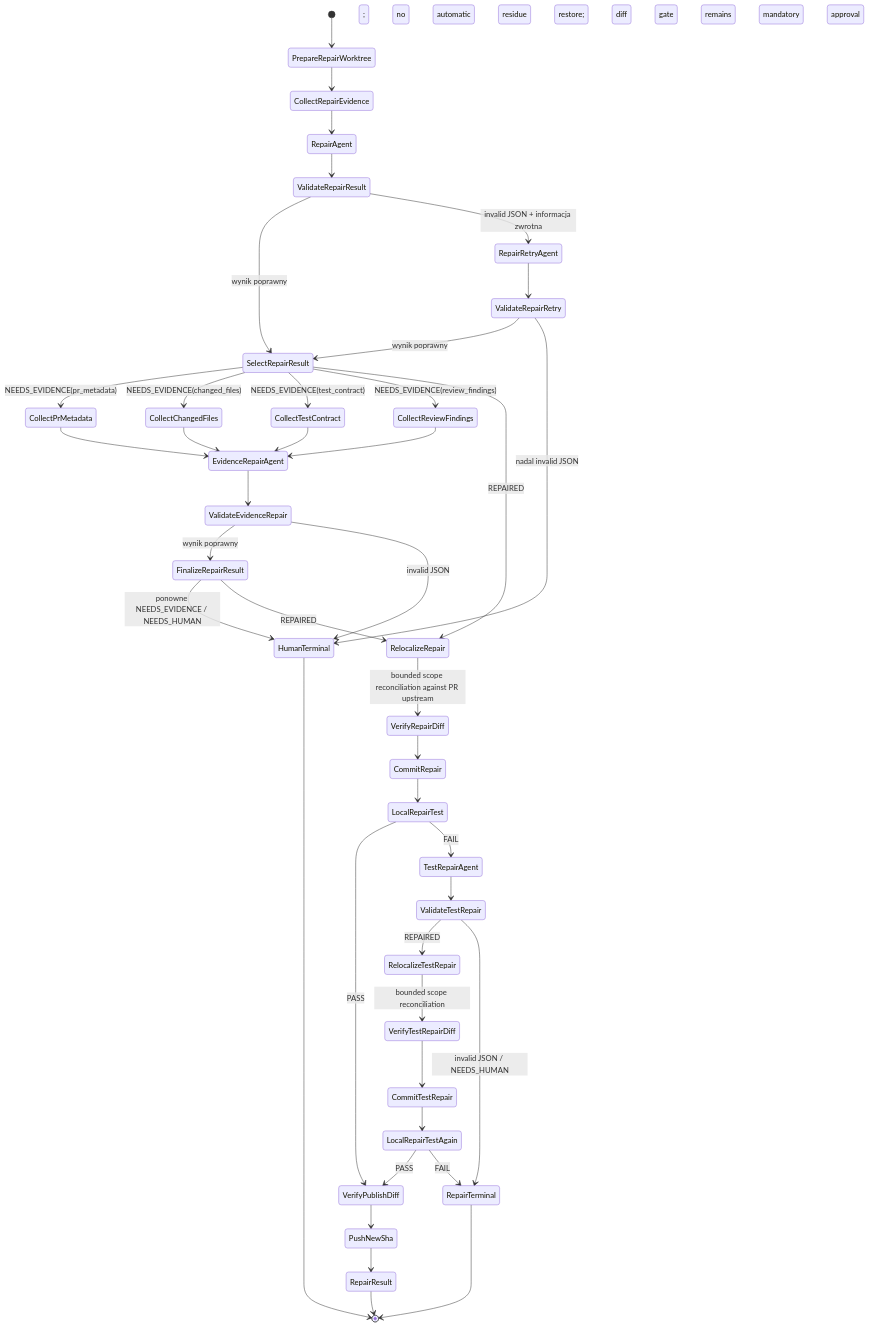
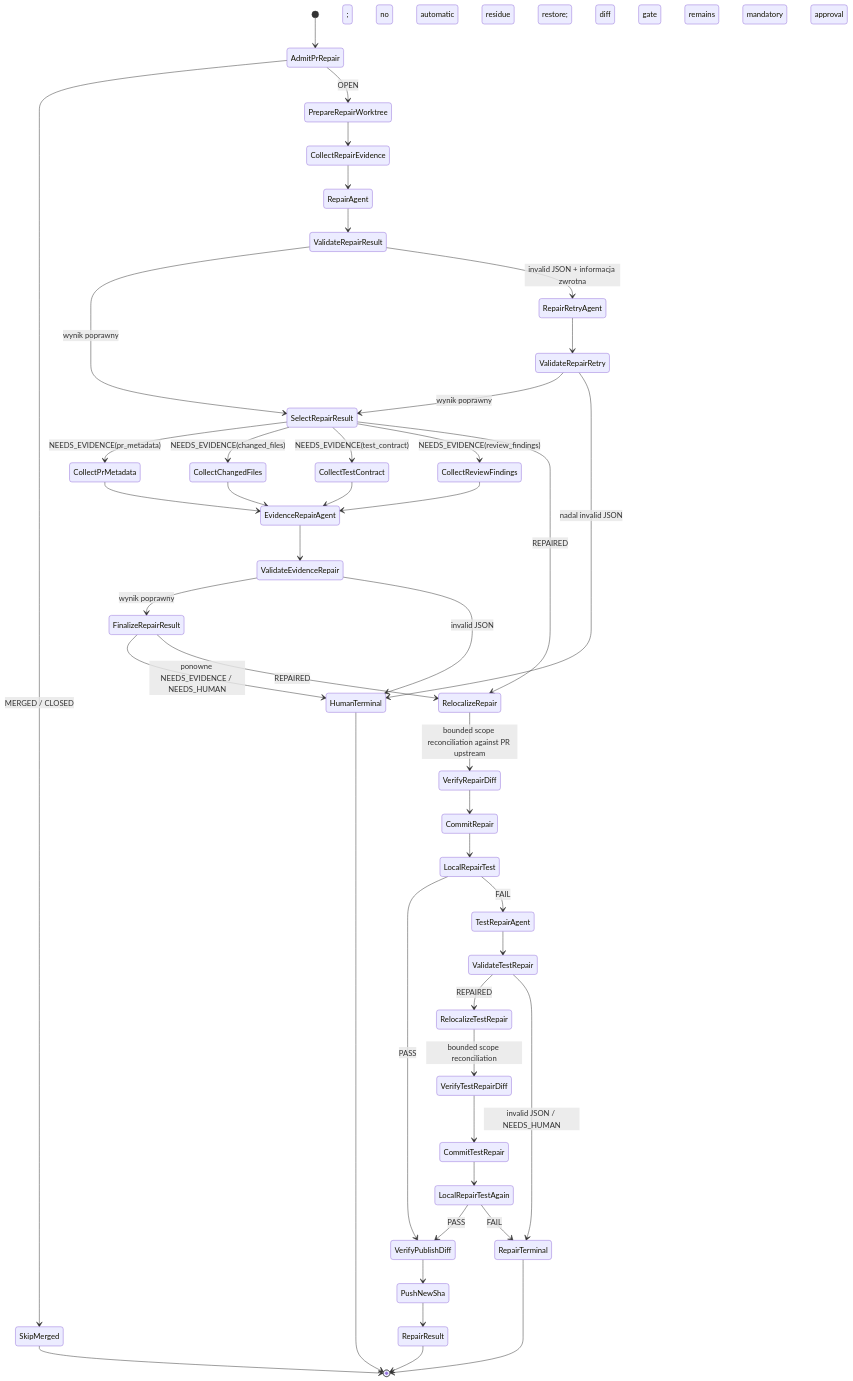
Before and after one commit to mikolaj92/lokay: diagram 43 of 44 in README.md, drawn with Mermaid. The commit also changed 17 other files, not shown here.

First line of the commit message:
fix(#1073): fail-closed pr_repair when target PR is MERGED

````diff
--- a/README.md
+++ b/README.md
@@ -1353,44 +1353,47 @@
 ```mermaid
 stateDiagram-v2
-    [*] --> PrepareRepairWorktree
+    [*] --> AdmitPrRepair
+    AdmitPrRepair --> SkipMerged: MERGED / CLOSED
+    SkipMerged --> [*]
+    AdmitPrRepair --> PrepareRepairWorktree: OPEN
     PrepareRepairWorktree --> CollectRepairEvidence
     CollectRepairEvidence --> RepairAgent
     RepairAgent --> ValidateRepairResult
     ValidateRepairResult --> SelectRepairResult: wynik poprawny
     ValidateRepairResult --> RepairRetryAgent: invalid JSON + informacja zwrotna
     RepairRetryAgent --> ValidateRepairRetry
     ValidateRepairRetry --> SelectRepairResult: wynik poprawny
     ValidateRepairRetry --> HumanTerminal: nadal invalid JSON
     SelectRepairResult --> CollectPrMetadata: NEEDS_EVIDENCE(pr_metadata)
     SelectRepairResult --> CollectChangedFiles: NEEDS_EVIDENCE(changed_files)
     SelectRepairResult --> CollectTestContract: NEEDS_EVIDENCE(test_contract)
     SelectRepairResult --> CollectReviewFindings: NEEDS_EVIDENCE(review_findings)
     CollectPrMetadata --> EvidenceRepairAgent
     CollectChangedFiles --> EvidenceRepairAgent
     CollectTestContract --> EvidenceRepairAgent
     CollectReviewFindings --> EvidenceRepairAgent
     EvidenceRepairAgent --> ValidateEvidenceRepair
     ValidateEvidenceRepair --> FinalizeRepairResult: wynik poprawny
     ValidateEvidenceRepair --> HumanTerminal: invalid JSON
     FinalizeRepairResult --> HumanTerminal: ponowne NEEDS_EVIDENCE / NEEDS_HUMAN
     SelectRepairResult --> RelocalizeRepair: REPAIRED
     FinalizeRepairResult --> RelocalizeRepair: REPAIRED
     RelocalizeRepair --> VerifyRepairDiff: bounded scope reconciliation against PR upstream; no automatic residue restore; diff gate remains mandatory
     VerifyRepairDiff --> CommitRepair
     CommitRepair --> LocalRepairTest
     LocalRepairTest --> VerifyPublishDiff: PASS
     LocalRepairTest --> TestRepairAgent: FAIL
     TestRepairAgent --> ValidateTestRepair
     ValidateTestRepair --> RelocalizeTestRepair: REPAIRED
     RelocalizeTestRepair --> VerifyTestRepairDiff: bounded scope reconciliation; no automatic approval
     ValidateTestRepair --> RepairTerminal: invalid JSON / NEEDS_HUMAN
     VerifyTestRepairDiff --> CommitTestRepair
     CommitTestRepair --> LocalRepairTestAgain
     LocalRepairTestAgain --> VerifyPublishDiff: PASS
     LocalRepairTestAgain --> RepairTerminal: FAIL
     VerifyPublishDiff --> PushNewSha
     PushNewSha --> RepairResult
     RepairResult --> [*]
     HumanTerminal --> [*]
     RepairTerminal --> [*]
 ```
````
